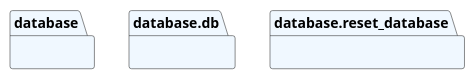
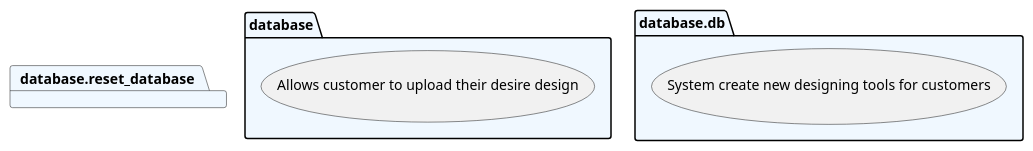
One commit to Bradenm316/Projects changed the diagram in docs/diagrams/system/database_packages.puml. Above: the diagram before and after it, drawn with PlantUML.

```diff
--- a/docs/diagrams/system/database_packages.puml
+++ b/docs/diagrams/system/database_packages.puml
@@ -1,9 +1,13 @@
 @startuml packages
 set namespaceSeparator none
 package "database" as database #aliceblue {
+usecase "Allows customer to upload their desire design" as upload_design
+
 }
 package "database.db" as database.db #aliceblue {
+usecase "Allows customer to access available online design" as virtual_design
 }
 package "database.reset_database" as database.reset_database #aliceblue {
+usecase "System create new designing tools for customers" as virtual_design
 }
 @enduml
```
